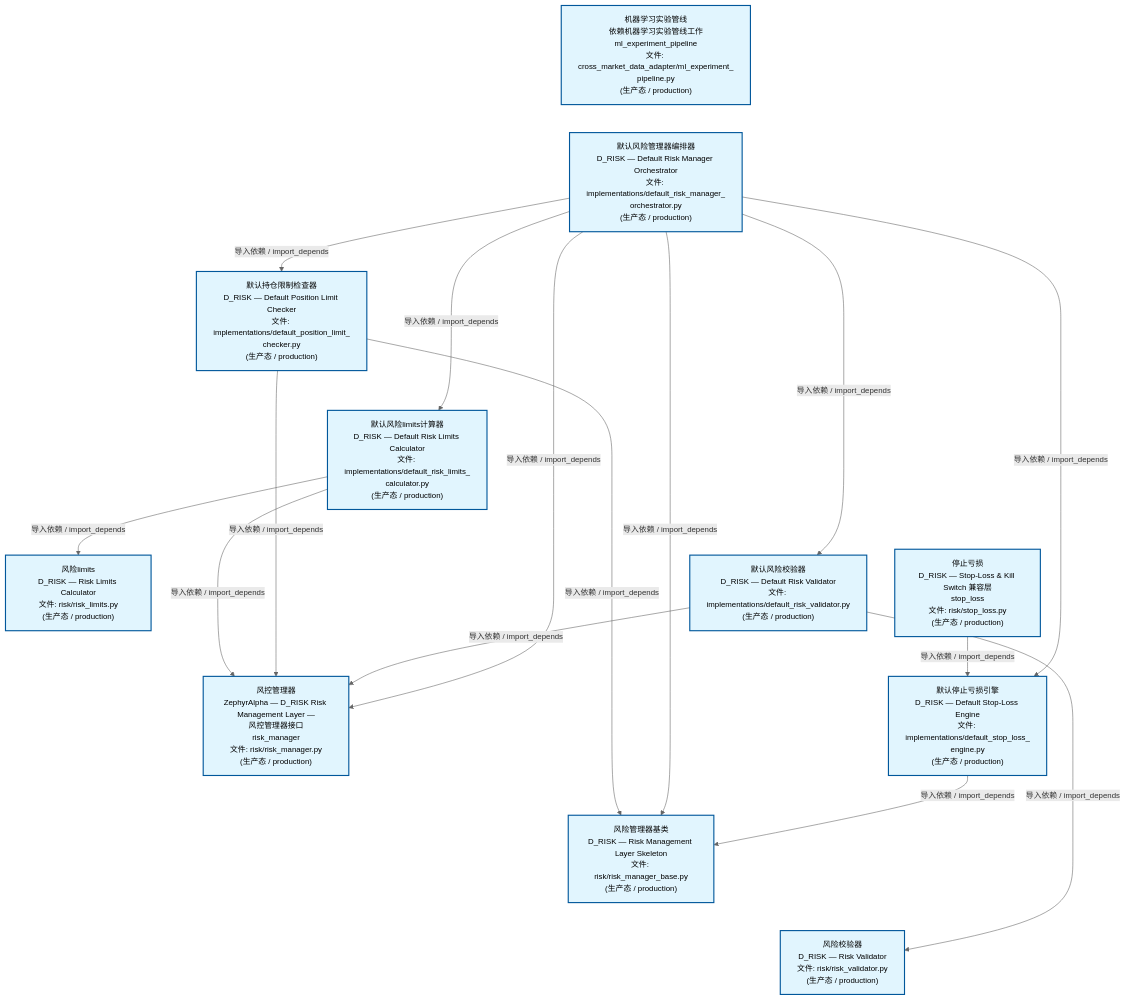
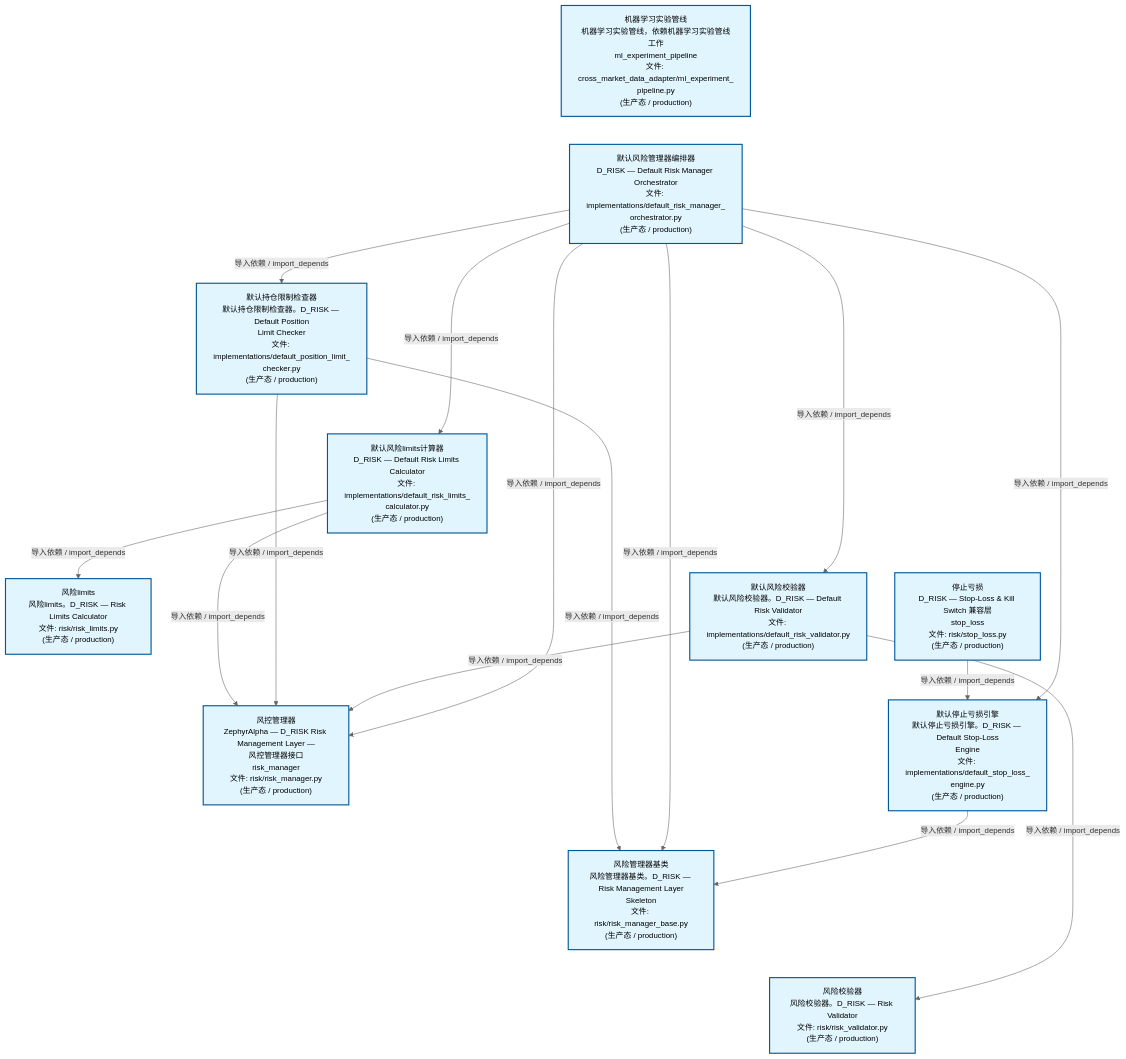
One commit to xuanFelixVan/ZephyrAlpha changed the second of 4 diagrams in docs/02_enterprise_architecture/02_domain_architecture_docs/65_d_risk.md. Above: the diagram before and after it, drawn with Mermaid. The commit also changed other lines of this file and 56 other files, not shown here.

````diff
--- a/docs/02_enterprise_architecture/02_domain_architecture_docs/65_d_risk.md
+++ b/docs/02_enterprise_architecture/02_domain_architecture_docs/65_d_risk.md
@@ -138,42 +138,42 @@
 ```mermaid
 %%{init: {'theme': 'base', 'themeVariables': {'primaryColor': '#eaeaea', 'primaryTextColor': '#333333', 'primaryBorderColor': '#666666', 'lineColor': '#666666', 'secondaryColor': '#eaeaea', 'tertiaryColor': '#eaeaea', 'fontSize': '14px'}}}%%
 flowchart TD
-    src_zephyr_risk_cross_asset_cross_market_data_adapter_ml_experiment_pipeline_py["机器学习实验管线<br/>依赖机器学习实验管线工作<br/>ml_experiment_pipeline<br/>文件: cross_market_data_adapter/ml_experiment_<br/>pipeline.py<br/>(生产态 / production)"]
+    src_zephyr_risk_cross_asset_cross_market_data_adapter_ml_experiment_pipeline_py["机器学习实验管线<br/>机器学习实验管线，依赖机器学习实验管线工作<br/>ml_experiment_pipeline<br/>文件: cross_market_data_adapter/ml_experiment_<br/>pipeline.py<br/>(生产态 / production)"]
     src_zephyr_risk_implementations_default_risk_manager_orchestrator_py["默认风险管理器编排器<br/>D_RISK — Default Risk Manager Orchestrator<br/>文件: implementations/default_risk_manager_<br/>orchestrator.py<br/>(生产态 / production)"]
     src_zephyr_risk_stop_loss_py["停止亏损<br/>D_RISK — Stop-Loss & Kill Switch 兼容层<br/>stop_loss<br/>文件: risk/stop_loss.py<br/>(生产态 / production)"]
     src_zephyr_risk_cross_asset_cross_market_data_adapter_ml_experiment_pipeline_py ~~~ src_zephyr_risk_implementations_default_risk_manager_orchestrator_py
     src_zephyr_risk_implementations_default_risk_manager_orchestrator_py ~~~ src_zephyr_risk_stop_loss_py
-    src_zephyr_risk_implementations_default_position_limit_checker_py["默认持仓限制检查器<br/>D_RISK — Default Position Limit Checker<br/>文件: implementations/default_position_limit_<br/>checker.py<br/>(生产态 / production)"]
+    src_zephyr_risk_implementations_default_position_limit_checker_py["默认持仓限制检查器<br/>默认持仓限制检查器。D_RISK — Default Position<br/>Limit Checker<br/>文件: implementations/default_position_limit_<br/>checker.py<br/>(生产态 / production)"]
     src_zephyr_risk_implementations_default_risk_limits_calculator_py["默认风险limits计算器<br/>D_RISK — Default Risk Limits Calculator<br/>文件: implementations/default_risk_limits_<br/>calculator.py<br/>(生产态 / production)"]
-    src_zephyr_risk_implementations_default_risk_validator_py["默认风险校验器<br/>D_RISK — Default Risk Validator<br/>文件: implementations/default_risk_validator.py<br/>(生产态 / production)"]
-    src_zephyr_risk_implementations_default_stop_loss_engine_py["默认停止亏损引擎<br/>D_RISK — Default Stop-Loss Engine<br/>文件: implementations/default_stop_loss_<br/>engine.py<br/>(生产态 / production)"]
+    src_zephyr_risk_implementations_default_risk_validator_py["默认风险校验器<br/>默认风险校验器。D_RISK — Default Risk Validator<br/>文件: implementations/default_risk_validator.py<br/>(生产态 / production)"]
+    src_zephyr_risk_implementations_default_stop_loss_engine_py["默认停止亏损引擎<br/>默认停止亏损引擎。D_RISK — Default Stop-Loss<br/>Engine<br/>文件: implementations/default_stop_loss_<br/>engine.py<br/>(生产态 / production)"]
     src_zephyr_risk_implementations_default_position_limit_checker_py ~~~ src_zephyr_risk_implementations_default_risk_limits_calculator_py
     src_zephyr_risk_implementations_default_risk_limits_calculator_py ~~~ src_zephyr_risk_implementations_default_risk_validator_py
     src_zephyr_risk_implementations_default_risk_validator_py ~~~ src_zephyr_risk_implementations_default_stop_loss_engine_py
-    src_zephyr_risk_risk_limits_py["风险limits<br/>D_RISK — Risk Limits Calculator<br/>文件: risk/risk_limits.py<br/>(生产态 / production)"]
+    src_zephyr_risk_risk_limits_py["风险limits<br/>风险limits。D_RISK — Risk Limits Calculator<br/>文件: risk/risk_limits.py<br/>(生产态 / production)"]
     src_zephyr_risk_risk_manager_py["风控管理器<br/>ZephyrAlpha — D_RISK Risk Management Layer —<br/>风控管理器接口<br/>risk_manager<br/>文件: risk/risk_manager.py<br/>(生产态 / production)"]
-    src_zephyr_risk_risk_manager_base_py["风险管理器基类<br/>D_RISK — Risk Management Layer Skeleton<br/>文件: risk/risk_manager_base.py<br/>(生产态 / production)"]
-    src_zephyr_risk_risk_validator_py["风险校验器<br/>D_RISK — Risk Validator<br/>文件: risk/risk_validator.py<br/>(生产态 / production)"]
+    src_zephyr_risk_risk_manager_base_py["风险管理器基类<br/>风险管理器基类。D_RISK — Risk Management Layer<br/>Skeleton<br/>文件: risk/risk_manager_base.py<br/>(生产态 / production)"]
+    src_zephyr_risk_risk_validator_py["风险校验器<br/>风险校验器。D_RISK — Risk Validator<br/>文件: risk/risk_validator.py<br/>(生产态 / production)"]
     src_zephyr_risk_risk_limits_py ~~~ src_zephyr_risk_risk_manager_py
     src_zephyr_risk_risk_manager_py ~~~ src_zephyr_risk_risk_manager_base_py
     src_zephyr_risk_risk_manager_base_py ~~~ src_zephyr_risk_risk_validator_py
     src_zephyr_risk_stop_loss_py -->|导入依赖 / import_depends| src_zephyr_risk_implementations_default_stop_loss_engine_py
     src_zephyr_risk_implementations_default_risk_limits_calculator_py -->|导入依赖 / import_depends| src_zephyr_risk_risk_manager_py
     src_zephyr_risk_implementations_default_risk_limits_calculator_py -->|导入依赖 / import_depends| src_zephyr_risk_risk_limits_py
     src_zephyr_risk_implementations_default_position_limit_checker_py -->|导入依赖 / import_depends| src_zephyr_risk_risk_manager_py
     src_zephyr_risk_implementations_default_position_limit_checker_py -->|导入依赖 / import_depends| src_zephyr_risk_risk_manager_base_py
     src_zephyr_risk_implementations_default_risk_validator_py -->|导入依赖 / import_depends| src_zephyr_risk_risk_manager_py
     src_zephyr_risk_implementations_default_risk_validator_py -->|导入依赖 / import_depends| src_zephyr_risk_risk_validator_py
     src_zephyr_risk_implementations_default_risk_manager_orchestrator_py -->|导入依赖 / import_depends| src_zephyr_risk_risk_manager_py
     src_zephyr_risk_implementations_default_risk_manager_orchestrator_py -->|导入依赖 / import_depends| src_zephyr_risk_risk_manager_base_py
     src_zephyr_risk_implementations_default_risk_manager_orchestrator_py -->|导入依赖 / import_depends| src_zephyr_risk_implementations_default_risk_limits_calculator_py
     src_zephyr_risk_implementations_default_risk_manager_orchestrator_py -->|导入依赖 / import_depends| src_zephyr_risk_implementations_default_position_limit_checker_py
     src_zephyr_risk_implementations_default_risk_manager_orchestrator_py -->|导入依赖 / import_depends| src_zephyr_risk_implementations_default_risk_validator_py
     src_zephyr_risk_implementations_default_risk_manager_orchestrator_py -->|导入依赖 / import_depends| src_zephyr_risk_implementations_default_stop_loss_engine_py
     src_zephyr_risk_implementations_default_stop_loss_engine_py -->|导入依赖 / import_depends| src_zephyr_risk_risk_manager_base_py
     classDef production fill:#e1f5fe,stroke:#01579b,stroke-width:2px,color:#000
     classDef design fill:#fff3e0,stroke:#e65100,stroke-width:2px,color:#000,stroke-dasharray: 5 5
     classDef external_prod fill:#e8f4fd,stroke:#0277bd,stroke-width:1px,color:#000
     classDef external_design fill:#fff8e7,stroke:#ef6c00,stroke-width:1px,color:#000,stroke-dasharray: 5 5
     class src_zephyr_risk_cross_asset_cross_market_data_adapter_ml_experiment_pipeline_py,src_zephyr_risk_implementations_default_position_limit_checker_py,src_zephyr_risk_implementations_default_risk_limits_calculator_py,src_zephyr_risk_implementations_default_risk_manager_orchestrator_py,src_zephyr_risk_implementations_default_risk_validator_py,src_zephyr_risk_implementations_default_stop_loss_engine_py,src_zephyr_risk_risk_limits_py,src_zephyr_risk_risk_manager_py,src_zephyr_risk_risk_manager_base_py,src_zephyr_risk_risk_validator_py,src_zephyr_risk_stop_loss_py production
 ```
````
